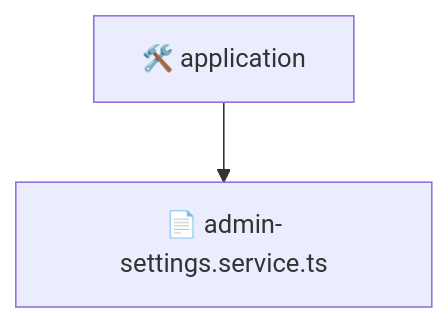
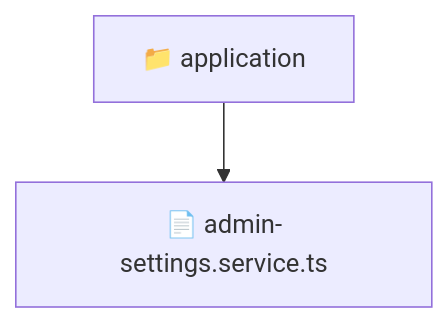
One commit to beginwebdev2002/fullstack-mavluda changed the diagram in backend/src/modules/admin-settings/application/README.md. Above: the diagram before and after it, drawn with Mermaid. The commit also changed other lines of this file and 159 other files, not shown here.

````diff
--- a/backend/src/modules/admin-settings/application/README.md
+++ b/backend/src/modules/admin-settings/application/README.md
@@ -11,5 +9,5 @@
 ```mermaid
 graph TD
-  application["🛠️ application"]
-  application --> application_admin_settings_service_ts["📄 admin-settings.service.ts"]
+  Root["📁 application"]
+  Root --> admin_settings_service_ts["📄 admin-settings.service.ts"]
 ```
````
